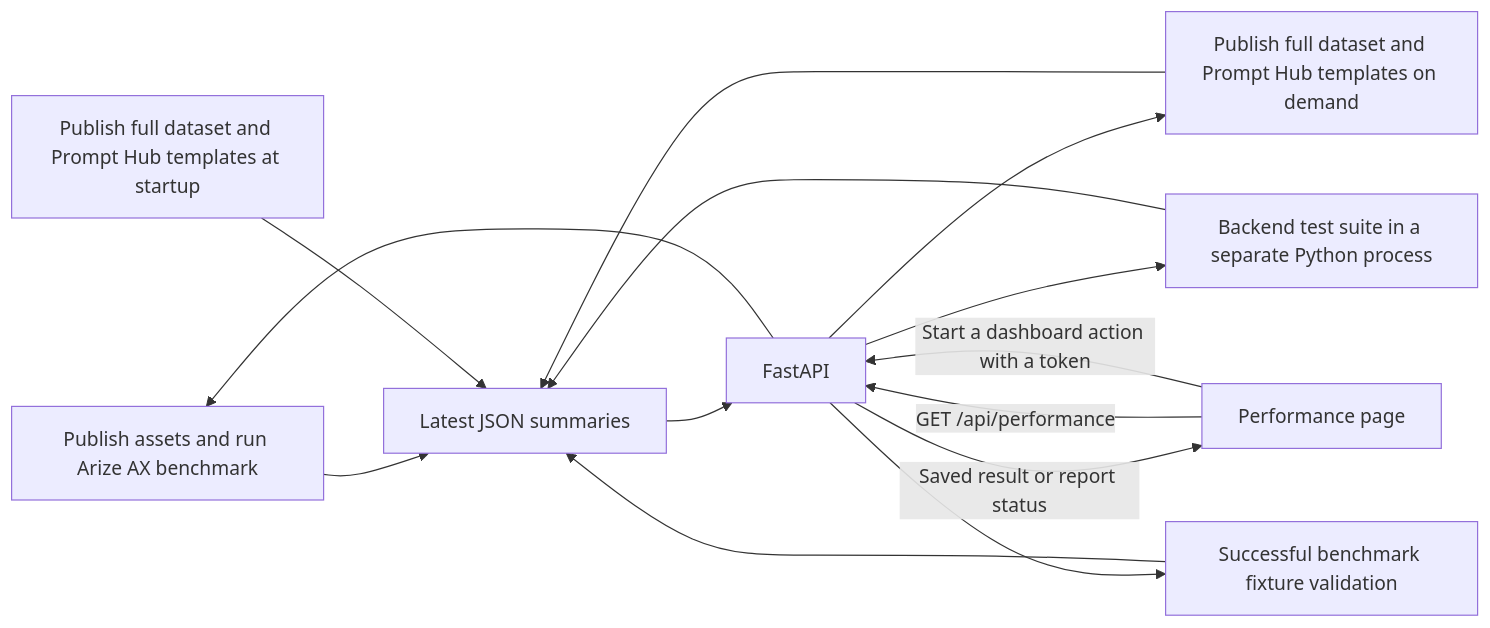
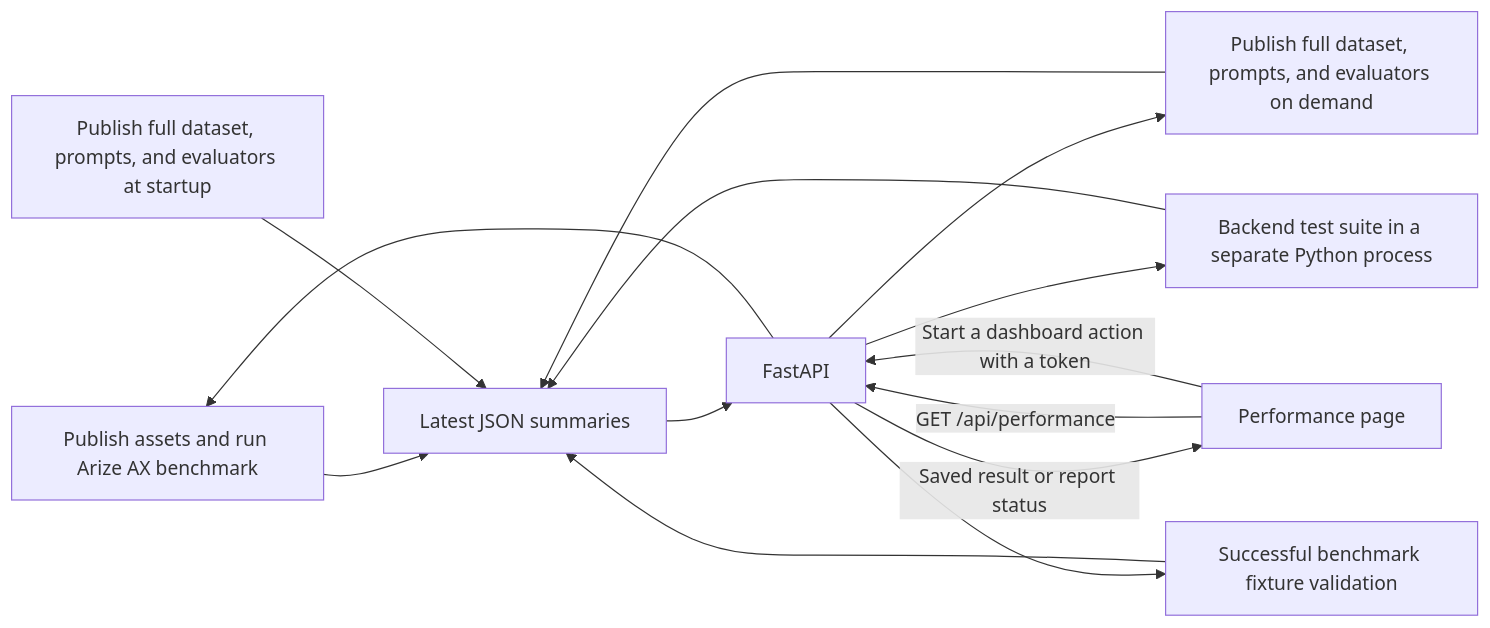
Diagram 11 of 13 in flowdiagrams.md (girisheduru/archgovasst), drawn with Mermaid before and after one commit. The commit also changed other lines of this file and 13 other files, not shown here.

````diff
--- a/flowdiagrams.md
+++ b/flowdiagrams.md
@@ -282,16 +284,16 @@
 ```mermaid
 flowchart LR
     Benchmark["Publish assets and run Arize AX benchmark"] --> Reports["Latest JSON summaries"]
-    Startup["Publish full dataset and Prompt Hub templates at startup"] --> Reports
-    Publish["Publish full dataset and Prompt Hub templates on demand"] --> Reports
+    Startup["Publish full dataset, prompts, and evaluators at startup"] --> Reports
+    Publish["Publish full dataset, prompts, and evaluators on demand"] --> Reports
     Validate["Successful benchmark fixture validation"] --> Reports
     Tests["Backend test suite in a separate Python process"] --> Reports
     Dashboard["Performance page"] -->|"GET /api/performance"| API["FastAPI"]
     Dashboard -->|"Start a dashboard action with a token"| API
     API --> Benchmark
     API --> Publish
     API --> Tests
     API --> Validate
     Reports --> API
     API -->|"Saved result or report status"| Dashboard
 ```
````
